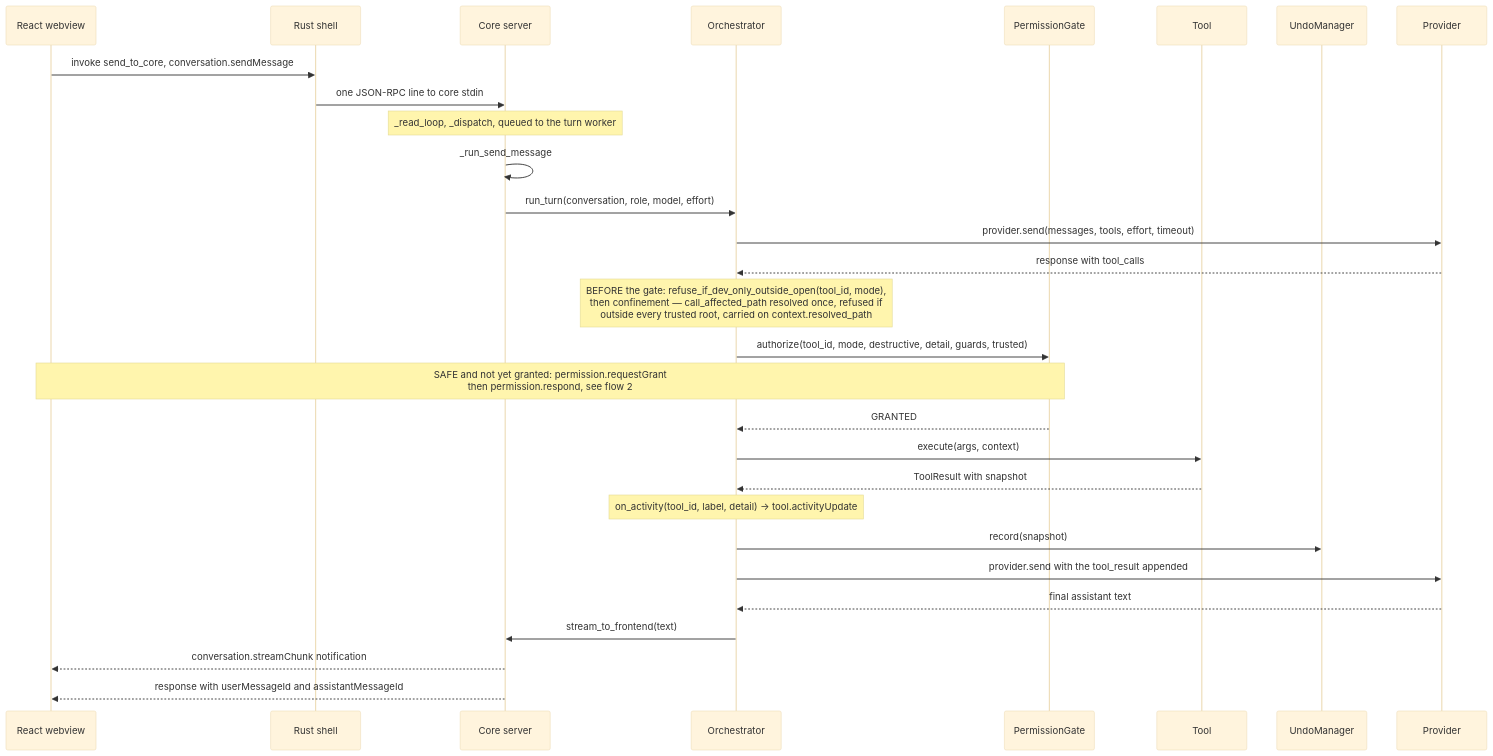
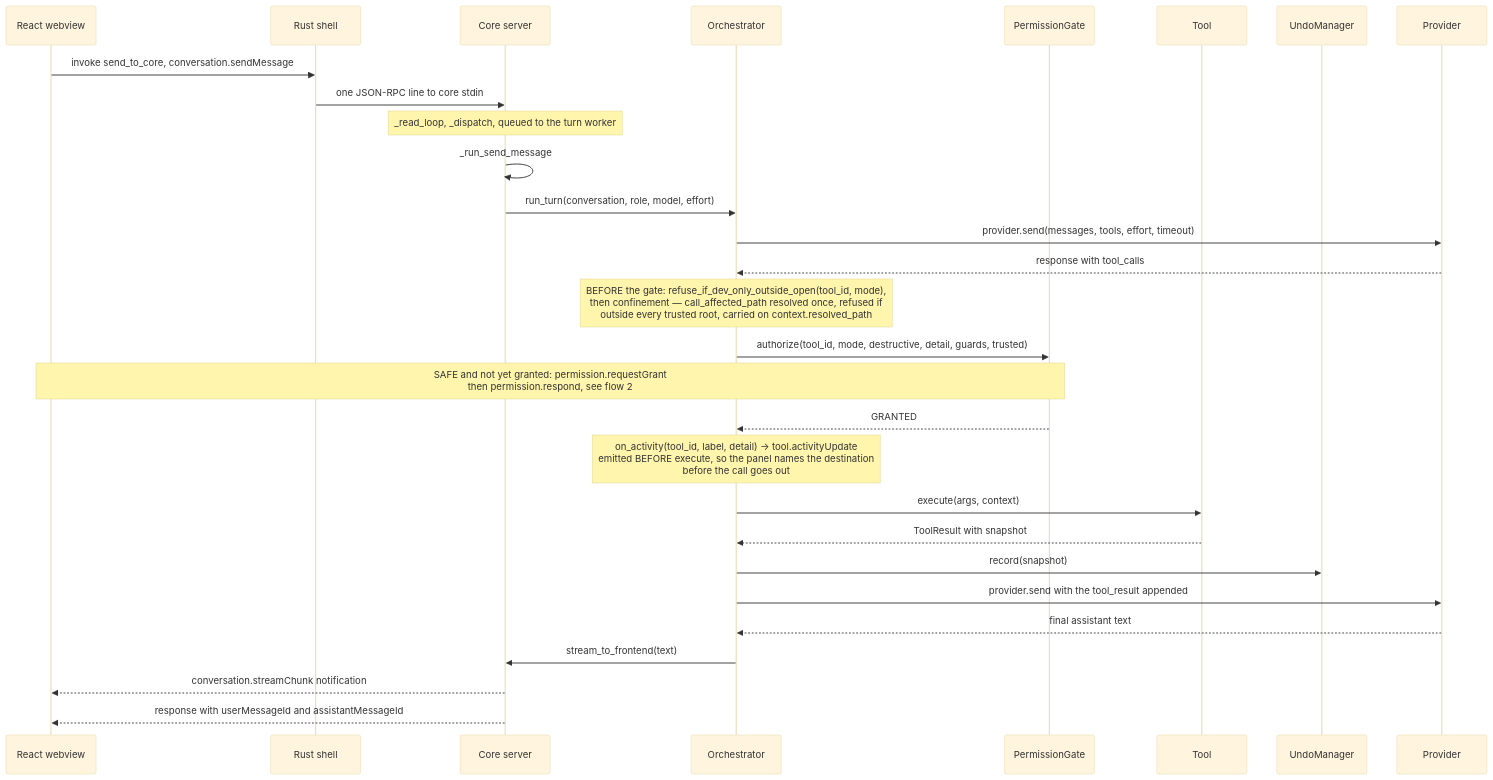
Before and after one commit to N041M/Addison: the first of 15 diagrams in docs/flows.md, drawn with Mermaid (base theme). The commit also changed other lines of this file and 8 other files, not shown here.

````diff
--- a/docs/flows.md
+++ b/docs/flows.md
@@ -35,32 +35,32 @@
 ```mermaid
 sequenceDiagram
     participant WV as React webview
     participant SH as Rust shell
     participant SRV as Core server
     participant ORC as Orchestrator
     participant PG as PermissionGate
     participant TL as Tool
     participant UM as UndoManager
     participant PR as Provider
 
     WV->>SH: invoke send_to_core, conversation.sendMessage
     SH->>SRV: one JSON-RPC line to core stdin
     Note over SRV: _read_loop, _dispatch, queued to the turn worker
     SRV->>SRV: _run_send_message
     SRV->>ORC: run_turn(conversation, role, model, effort)
     ORC->>PR: provider.send(messages, tools, effort, timeout)
     PR-->>ORC: response with tool_calls
     Note over ORC: BEFORE the gate: refuse_if_dev_only_outside_open(tool_id, mode),<br/>then confinement — call_affected_path resolved once, refused if<br/>outside every trusted root, carried on context.resolved_path
     ORC->>PG: authorize(tool_id, mode, destructive, detail, guards, trusted)
     Note over PG,WV: SAFE and not yet granted: permission.requestGrant<br/>then permission.respond, see flow 2
     PG-->>ORC: GRANTED
+    Note over ORC: on_activity(tool_id, label, detail) -> tool.activityUpdate<br/>emitted BEFORE execute, so the panel names the destination<br/>before the call goes out
     ORC->>TL: execute(args, context)
     TL-->>ORC: ToolResult with snapshot
-    Note over ORC: on_activity(tool_id, label, detail) -> tool.activityUpdate
     ORC->>UM: record(snapshot)
     ORC->>PR: provider.send with the tool_result appended
     PR-->>ORC: final assistant text
     ORC->>SRV: stream_to_frontend(text)
     SRV-->>WV: conversation.streamChunk notification
     SRV-->>WV: response with userMessageId and assistantMessageId
 ```
````
